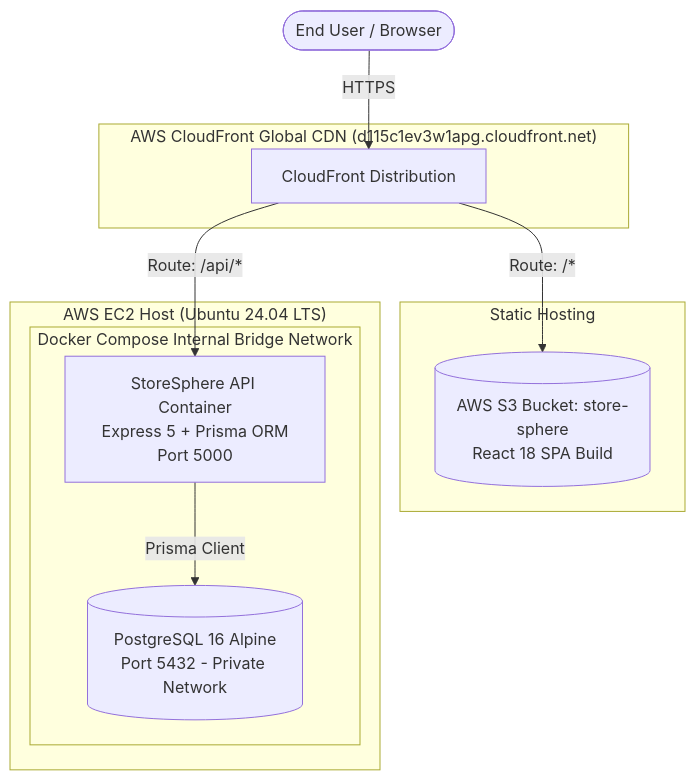
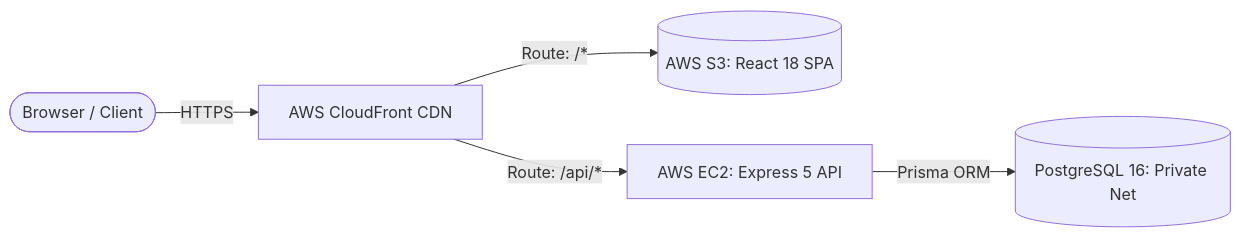
The first of 2 diagrams in README.md (tanmayythakare/store-sphere), drawn with Mermaid before and after one commit. The commit also changed 1 other file, not shown here.

Commit message:
feat(routing): default unauthenticated landing to login and streamline architecture diagram

````diff
--- a/README.md
+++ b/README.md
@@ -76,24 +76,7 @@
 ```mermaid
-flowchart TD
-    User([End User / Browser])
-
-    subgraph CDN["AWS CloudFront Global CDN (d115c1ev3w1apg.cloudfront.net)"]
-        CF[CloudFront Distribution]
-    end
-
-    subgraph Frontend["Static Hosting"]
-        S3[(AWS S3 Bucket: store-sphere<br/>React 18 SPA Build)]
-    end
-
-    subgraph Backend["AWS EC2 Host (Ubuntu 24.04 LTS)"]
-        subgraph DockerNet["Docker Compose Internal Bridge Network"]
-            App["StoreSphere API Container<br/>Express 5 + Prisma ORM<br/>Port 5000"]
-            DB[("PostgreSQL 16 Alpine<br/>Port 5432 - Private Network")]
-        end
-    end
-
-    User -->|HTTPS| CF
-    CF -->|Route: /*| S3
-    CF -->|Route: /api/*| App
-    App -->|Prisma Client| DB
+flowchart LR
+    User([Browser / Client]) -->|HTTPS| CF[AWS CloudFront CDN]
+    CF -->|Route: /*| S3[(AWS S3: React 18 SPA)]
+    CF -->|Route: /api/*| App[AWS EC2: Express 5 API]
+    App -->|Prisma ORM| DB[(PostgreSQL 16: Private Net)]
 ```
````
